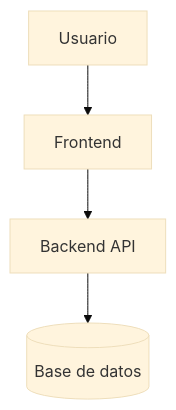
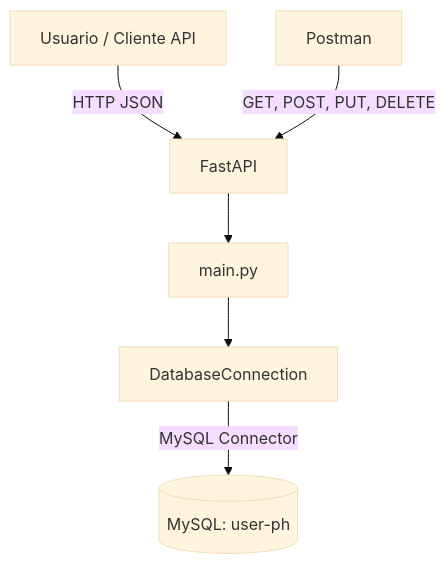
One commit to BerthaGarrastacho/Modulo2MasterTarea1 changed the first of 2 diagrams in docs/readme.md. Above: the diagram before and after it, drawn with Mermaid (base theme). The commit also changed other lines of this file and 5 other files, not shown here.

Commit message:
Implement initial FastAPI application with CRUD operations for photographers, database connection setup, and comprehensive documentation.

````diff
--- a/docs/readme.md
+++ b/docs/readme.md
@@ -101,6 +87,8 @@
 ```mermaid
 flowchart TD
-    A[Usuario] --> B[Frontend]
-    B --> C[Backend API]
-    C --> D[(Base de datos)]
+    A[Usuario / Cliente API] -->|HTTP JSON| B[FastAPI]
+    B --> C[main.py]
+    C --> D[DatabaseConnection]
+    D -->|MySQL Connector| E[(MySQL: user-ph)]
+    G[Postman] -->|GET, POST, PUT, DELETE| B
 ```
````
